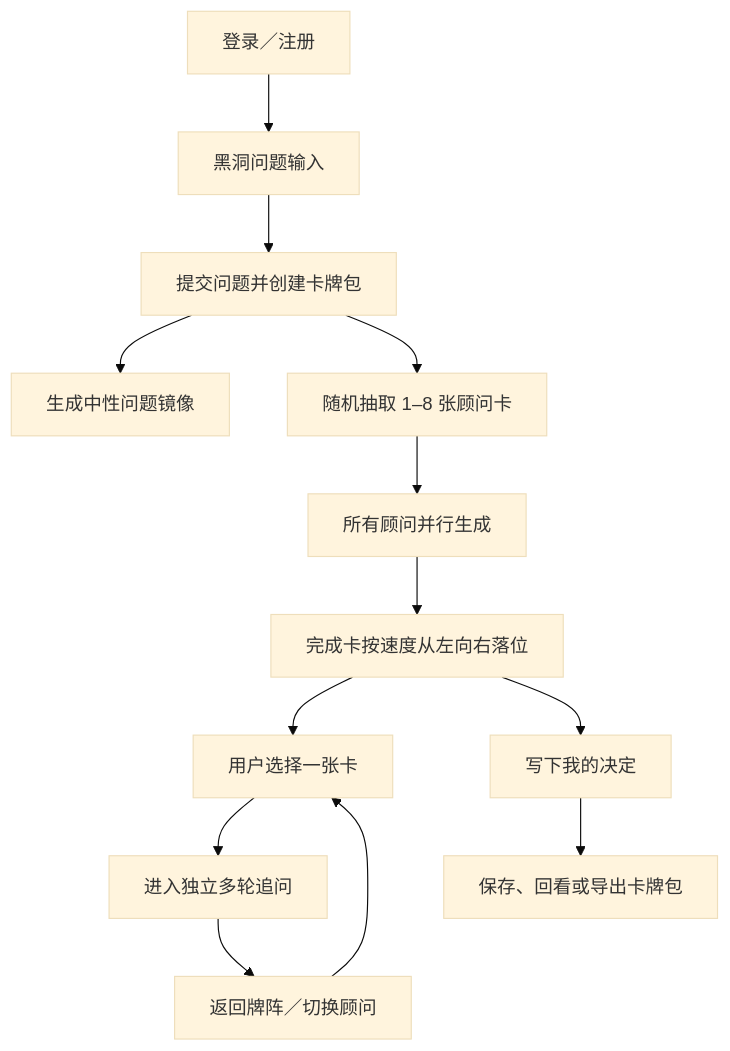
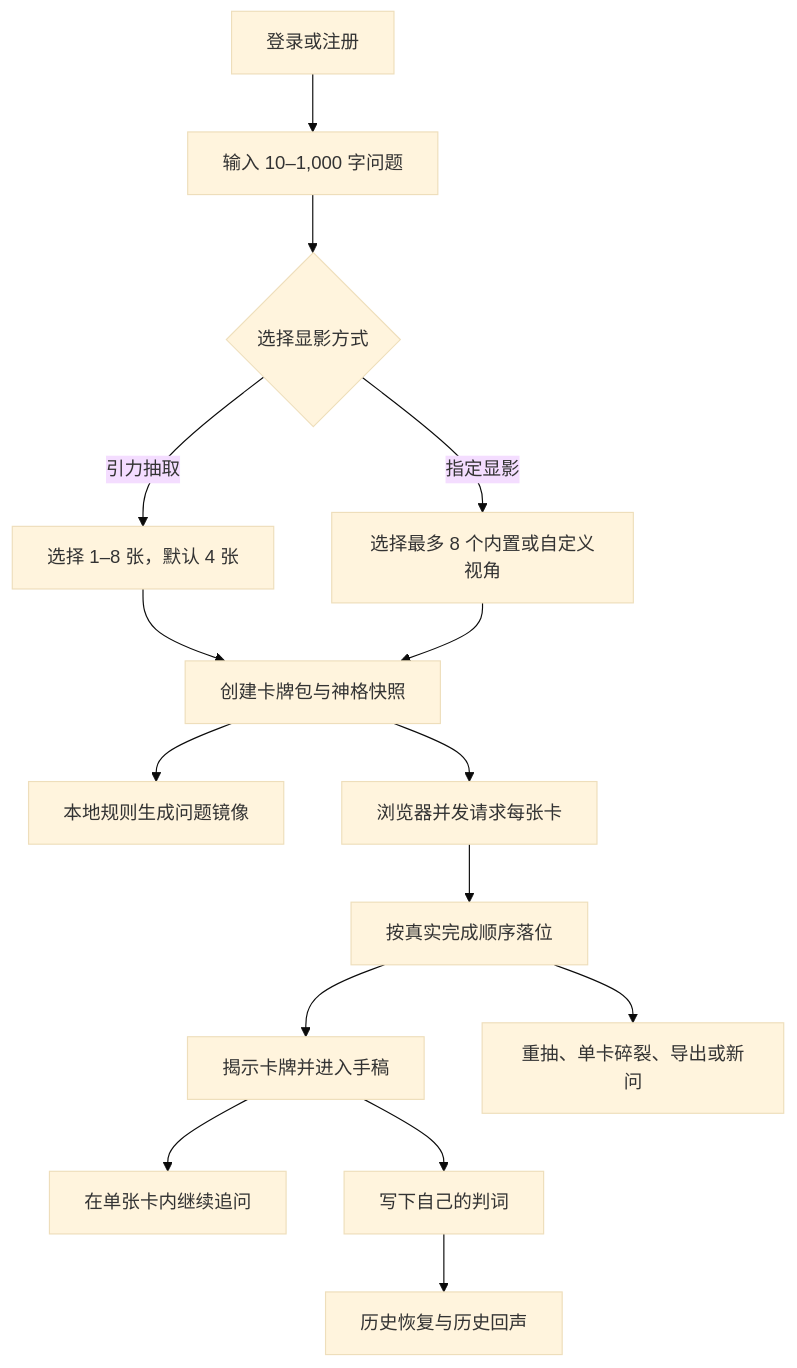
One commit to quanxinwang18-a11y/ZhiHU changed the diagram in outputs/职乎-产品需求与交互设计.md. Above: the diagram before and after it, drawn with Mermaid (base theme). The commit also changed other lines of this file and 3 other files, not shown here.

````diff
--- a/outputs/职乎-产品需求与交互设计.md
+++ b/outputs/职乎-产品需求与交互设计.md
@@ -199,15 +139,17 @@
 ```mermaid
 flowchart TD
-    A["登录／注册"] --> B["黑洞问题输入"]
-    B --> C["提交问题并创建卡牌包"]
-    C --> D["生成中性问题镜像"]
-    C --> E["随机抽取 1–8 张顾问卡"]
-    E --> F["所有顾问并行生成"]
-    F --> G["完成卡按速度从左向右落位"]
-    G --> H["用户选择一张卡"]
-    H --> I["进入独立多轮追问"]
-    I --> J["返回牌阵／切换顾问"]
-    J --> H
-    G --> K["写下我的决定"]
-    K --> L["保存、回看或导出卡牌包"]
+    A["登录或注册"] --> B["输入 10–1,000 字问题"]
+    B --> C{"选择显影方式"}
+    C -->|引力抽取| D["选择 1–8 张，默认 4 张"]
+    C -->|指定显影| E["选择最多 8 个内置或自定义视角"]
+    D --> F["创建卡牌包与神格快照"]
+    E --> F
+    F --> G["本地规则生成问题镜像"]
+    F --> H["浏览器并发请求每张卡"]
+    H --> I["按真实完成顺序落位"]
+    I --> J["揭示卡牌并进入手稿"]
+    J --> K["在单张卡内继续追问"]
+    J --> L["写下自己的判词"]
+    I --> M["重抽、单卡碎裂、导出或新问"]
+    L --> N["历史恢复与历史回声"]
 ```
````
